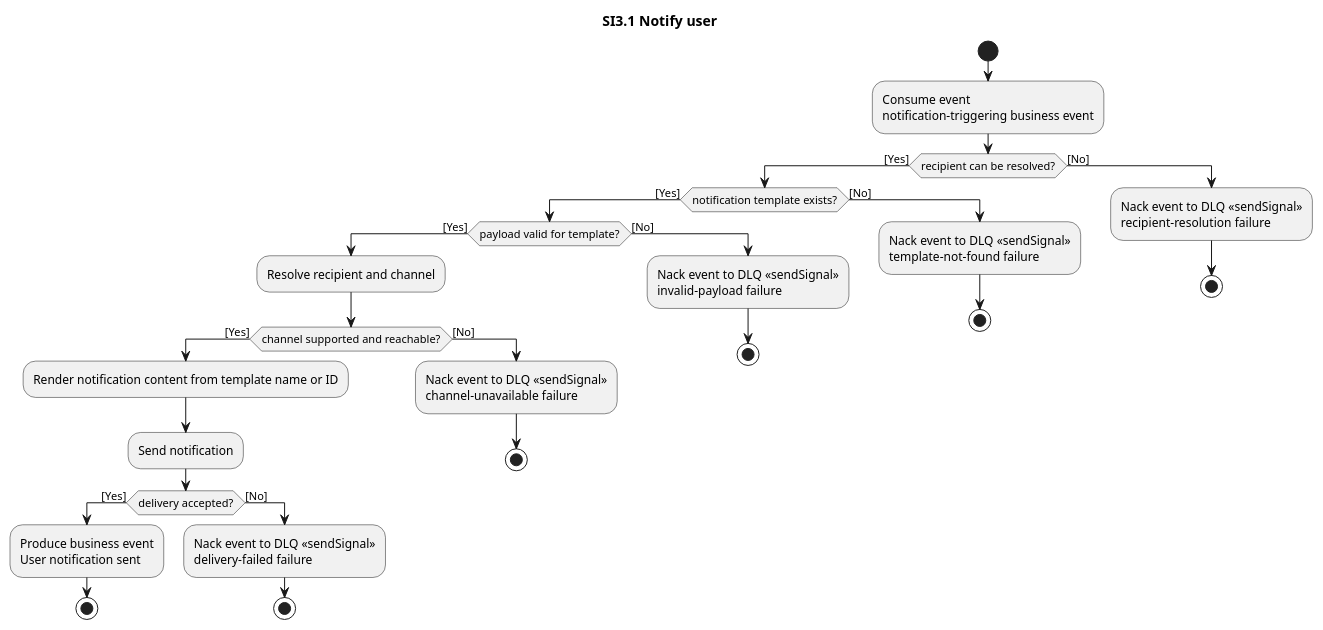
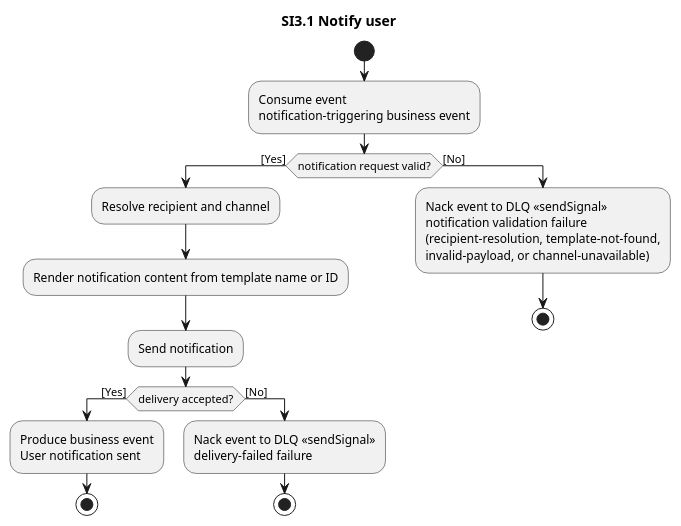
Before and after one commit to ottolote/fixme: the diagram in docs/project/P2/business/system-interactions/diagrams/si3.1-notify-user.pu, drawn with PlantUML. The commit also changed 25 other files, not shown here.

```diff
--- a/docs/project/P2/business/system-interactions/diagrams/si3.1-notify-user.pu
+++ b/docs/project/P2/business/system-interactions/diagrams/si3.1-notify-user.pu
@@ -1,45 +1,29 @@
 @startuml si3.1-notify-user
 title SI3.1 Notify user
 
 start
 :Consume event
 notification-triggering business event; <<acceptEvent>>
 
-if (recipient can be resolved?) then ([Yes])
-  if (notification template exists?) then ([Yes])
-    if (payload valid for template?) then ([Yes])
-      :Resolve recipient and channel;
-      if (channel supported and reachable?) then ([Yes])
-        :Render notification content from template name or ID;
-        :Send notification;
-        if (delivery accepted?) then ([Yes])
-          :Produce business event
+if (notification request valid?) then ([Yes])
+  :Resolve recipient and channel;
+  :Render notification content from template name or ID;
+  :Send notification;
+  if (delivery accepted?) then ([Yes])
+    :Produce business event
 User notification sent; <<sendSignal>>
-          stop
-        else ([No])
-          :Nack event to DLQ <<sendSignal>>
-delivery-failed failure;
-          stop
-        endif
-      else ([No])
-        :Nack event to DLQ <<sendSignal>>
-channel-unavailable failure;
-        stop
-      endif
-    else ([No])
-      :Nack event to DLQ <<sendSignal>>
-invalid-payload failure;
-      stop
-    endif
+    stop
   else ([No])
     :Nack event to DLQ <<sendSignal>>
-template-not-found failure;
+delivery-failed failure;
     stop
   endif
 else ([No])
   :Nack event to DLQ <<sendSignal>>
-recipient-resolution failure;
+notification validation failure
+(recipient-resolution, template-not-found,
+invalid-payload, or channel-unavailable);
   stop
 endif
 
 @enduml
```
